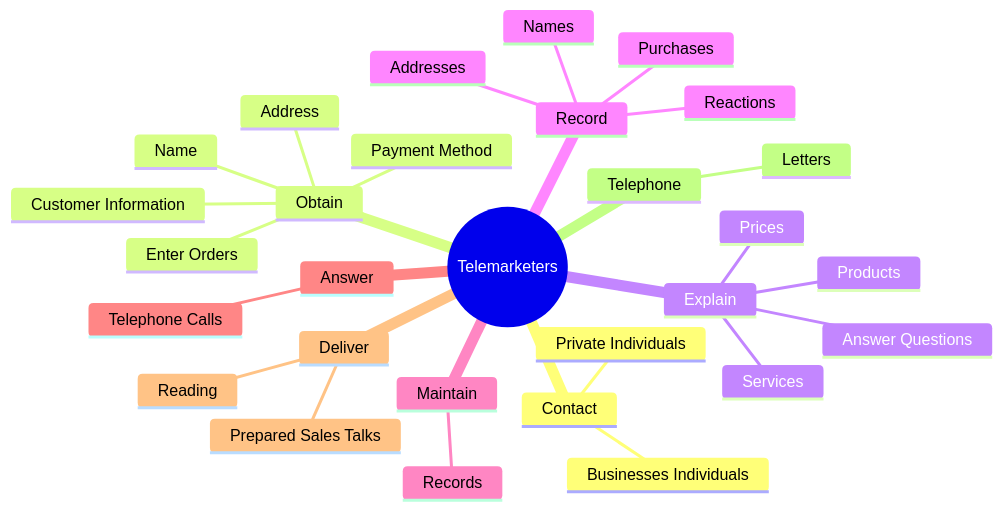
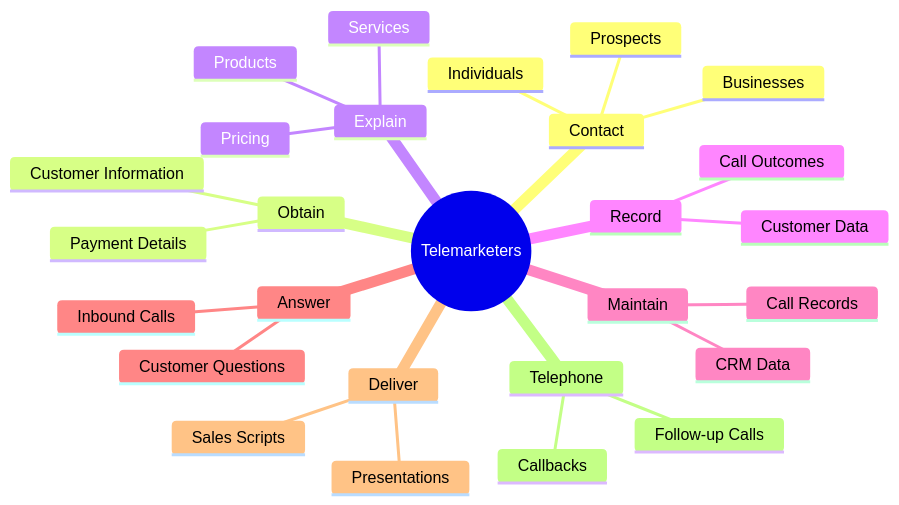
One commit to kziemski/business.org.ai changed the second of 4 diagrams in occupations/Sales/Telemarketers.mdx. Above: the diagram before and after it, drawn with Mermaid. The commit also changed other lines of this file and 938 other files, not shown here.

````diff
--- a/occupations/Sales/Telemarketers.mdx
+++ b/occupations/Sales/Telemarketers.mdx
@@ -37,32 +45,30 @@
 ```mermaid
 mindmap
     root(("Telemarketers"))
         Contact
-            Businesses Individuals
-            Private Individuals
+            Businesses
+            Individuals
+            Prospects
         Obtain
             Customer Information
-            Name
-            Address
-            Payment Method
-            Enter Orders
+            Payment Details
         Explain
             Products
             Services
-            Prices
-            Answer Questions
+            Pricing
         Record
-            Names
-            Addresses
-            Purchases
-            Reactions
+            Customer Data
+            Call Outcomes
         Maintain
-            Records
+            Call Records
+            CRM Data
         Answer
-            Telephone Calls
+            Inbound Calls
+            Customer Questions
         Deliver
-            Prepared Sales Talks
-            Reading
+            Sales Scripts
+            Presentations
         Telephone
-            Letters
+            Follow-up Calls
+            Callbacks
 ```
````
